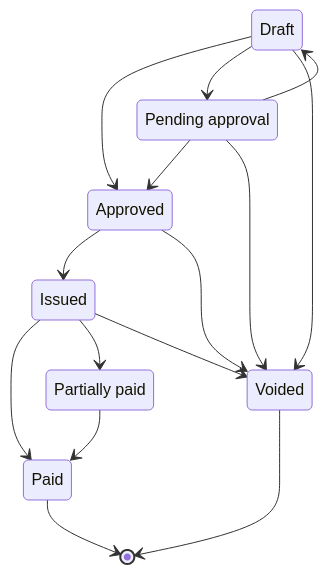
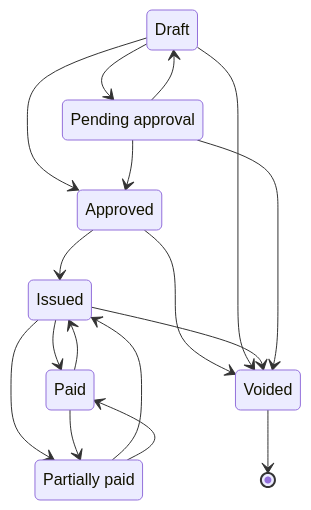
The third of 10 diagrams in docs/state-machines.md (Tejesh080/Roofops), drawn with Mermaid before and after one commit. The commit also changed other lines of this file and 5 other files, not shown here.

````diff
--- a/docs/state-machines.md
+++ b/docs/state-machines.md
@@ -79,24 +79,26 @@
 ```mermaid
 stateDiagram-v2
   APPROVED: Approved
   DRAFT: Draft
   ISSUED: Issued
   PAID: Paid
   PARTIALLY_PAID: Partially paid
   PENDING_APPROVAL: Pending approval
   VOIDED: Voided
   APPROVED --> ISSUED
   APPROVED --> VOIDED
   DRAFT --> APPROVED
   DRAFT --> PENDING_APPROVAL
   DRAFT --> VOIDED
   ISSUED --> PAID
   ISSUED --> PARTIALLY_PAID
   ISSUED --> VOIDED
+  PAID --> ISSUED
+  PAID --> PARTIALLY_PAID
+  PARTIALLY_PAID --> ISSUED
   PARTIALLY_PAID --> PAID
   PENDING_APPROVAL --> APPROVED
   PENDING_APPROVAL --> DRAFT
   PENDING_APPROVAL --> VOIDED
-  PAID --> [*]
   VOIDED --> [*]
 ```
````
